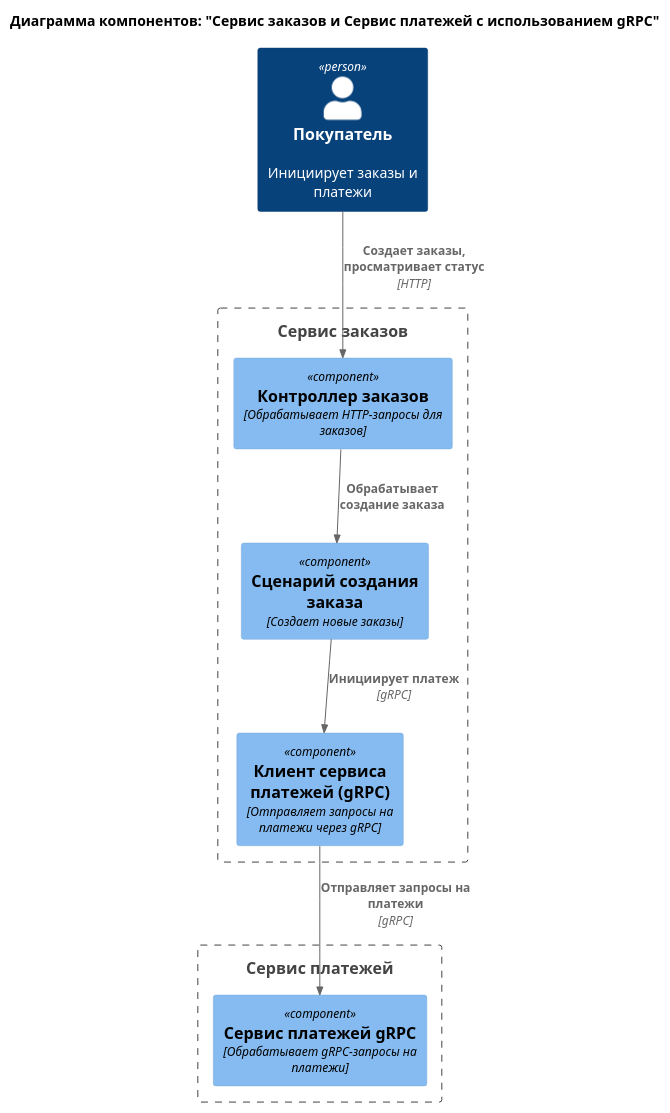
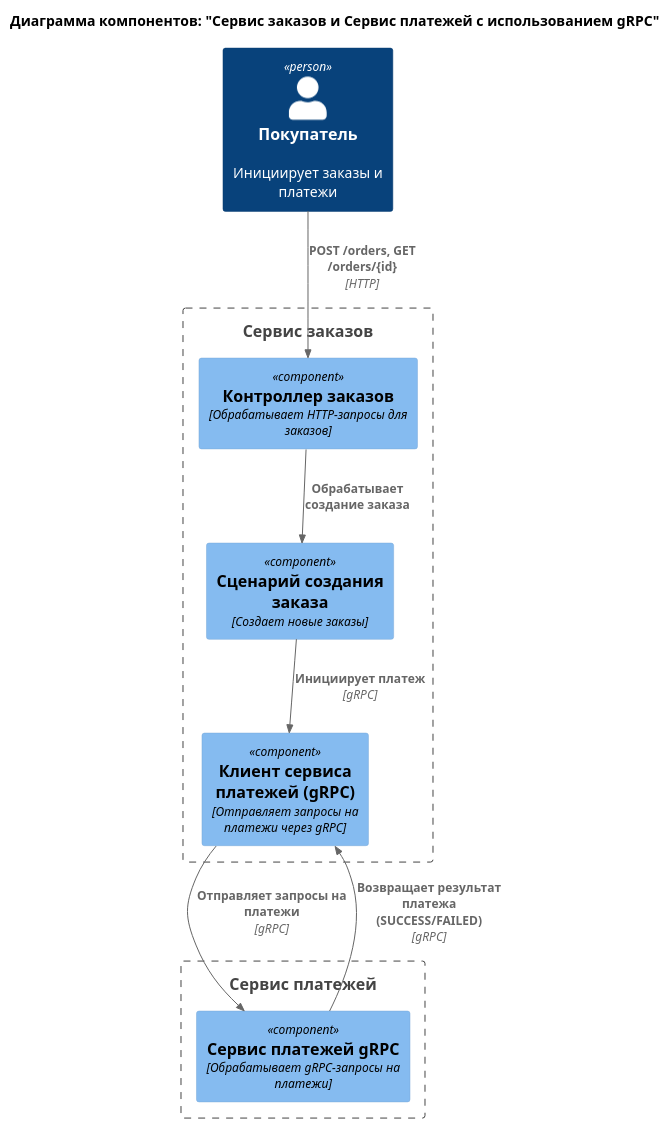
The diagram in docs/diagrams/c4_components.puml (Lehater/msa-grpc-service-example), drawn with PlantUML before and after one commit. The commit also changed 6 other files, not shown here.

```diff
--- a/docs/diagrams/c4_components.puml
+++ b/docs/diagrams/c4_components.puml
@@ -1,23 +1,22 @@
 @startuml
 !include <C4/C4_Component>
 
 title Диаграмма компонентов: "Сервис заказов и Сервис платежей с использованием gRPC"
 
 Person(Customer, "Покупатель", "Инициирует заказы и платежи")
 Boundary(order_service, "Сервис заказов") {
     Component(OrderController, "Контроллер заказов", "Обрабатывает HTTP-запросы для заказов")
     Component(CreateOrderUseCase, "Сценарий создания заказа", "Создает новые заказы")
     Component(PaymentServiceClient, "Клиент сервиса платежей (gRPC)", "Отправляет запросы на платежи через gRPC")
 }
 
 Boundary(payment_service, "Сервис платежей") {
     Component(PaymentServiceGrpc, "Сервис платежей gRPC", "Обрабатывает gRPC-запросы на платежи")
 }
 
-Rel(Customer, OrderController, "Создает заказы, просматривает статус", "HTTP")
+Rel(Customer, OrderController, "POST /orders, GET /orders/{id}", "HTTP")
 Rel(OrderController, CreateOrderUseCase, "Обрабатывает создание заказа")
 Rel(CreateOrderUseCase, PaymentServiceClient, "Инициирует платеж", "gRPC")
-
 Rel(PaymentServiceClient, PaymentServiceGrpc, "Отправляет запросы на платежи", "gRPC")
-
+Rel(PaymentServiceGrpc, PaymentServiceClient, "Возвращает результат платежа (SUCCESS/FAILED)", "gRPC")
 @enduml
```
